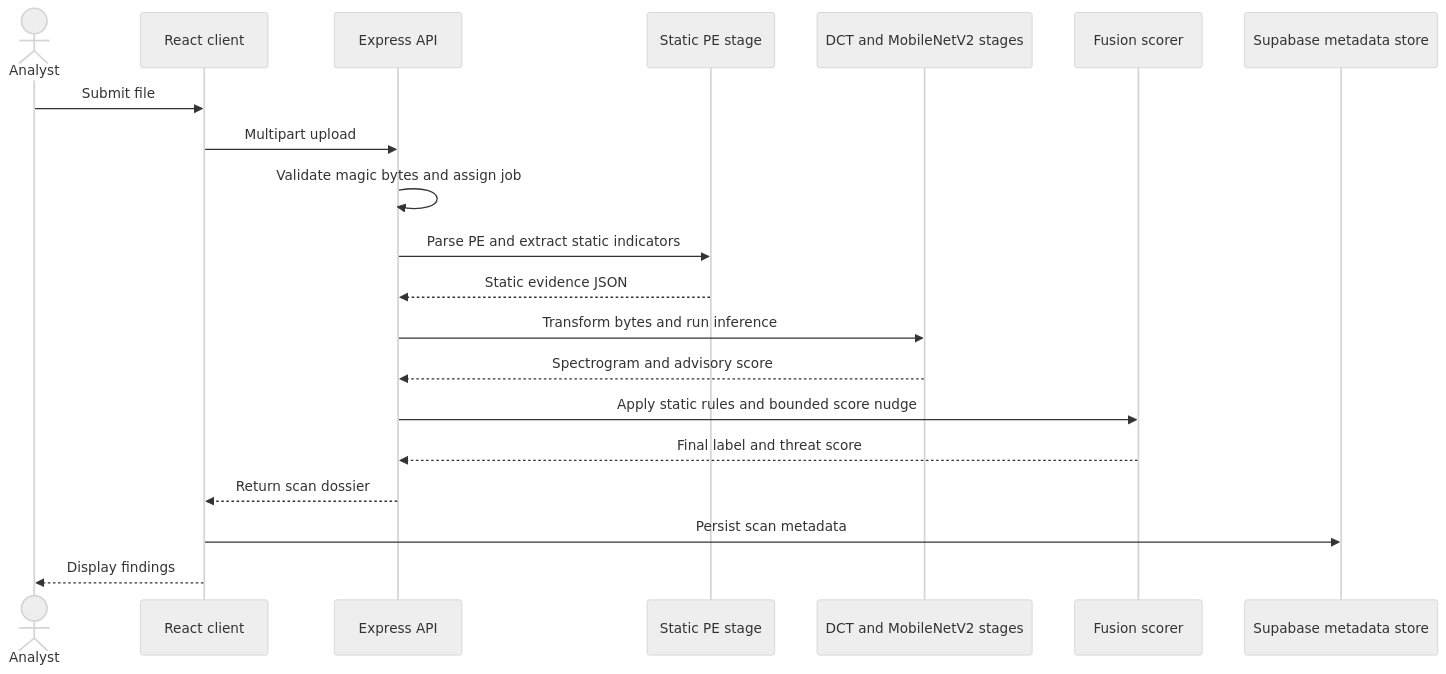
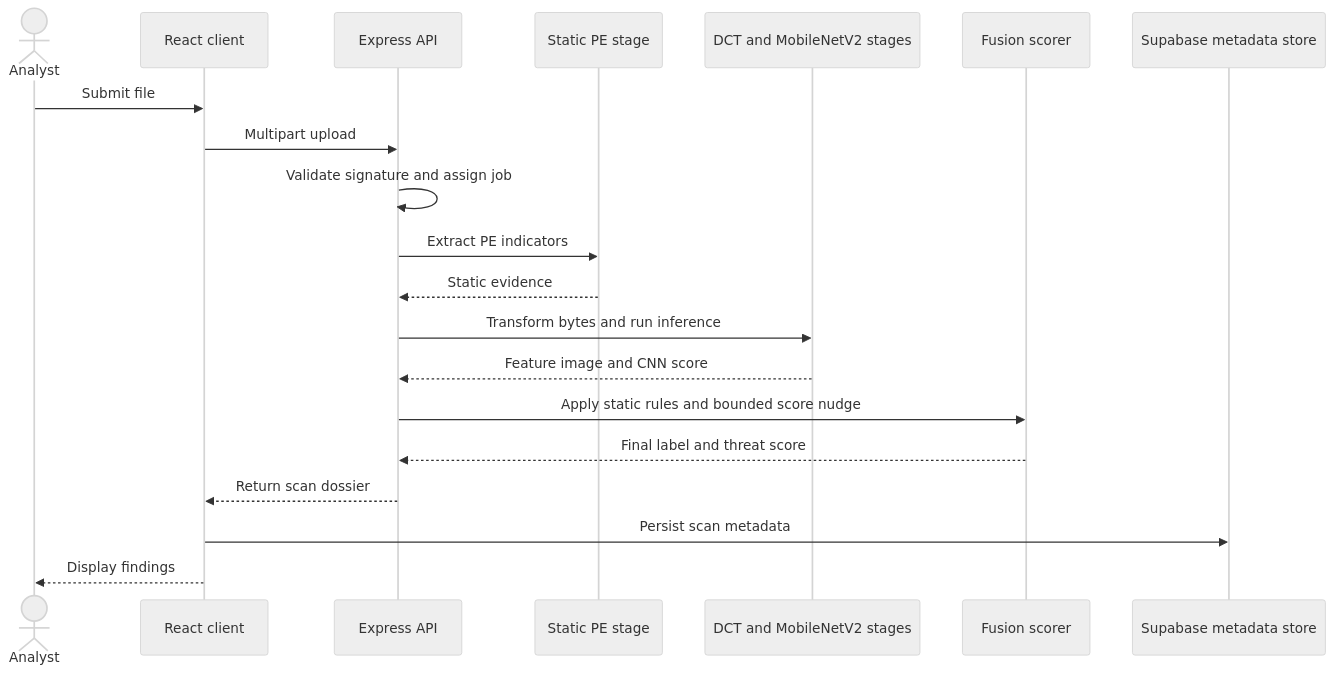
Before and after one commit to Ahsan-Salamat/ThreatVision-Research: the fifth of 6 diagrams in docs/figures.md, drawn with Mermaid (neutral theme). The commit also changed other lines of this file and 16 other files, not shown here.

````diff
--- a/docs/figures.md
+++ b/docs/figures.md
@@ -77,22 +78,22 @@
 ```mermaid
 sequenceDiagram
     actor Analyst
     participant UI as React client
     participant API as Express API
     participant Static as Static PE stage
     participant Vision as DCT and MobileNetV2 stages
     participant Fuse as Fusion scorer
     participant DB as Supabase metadata store
     Analyst->>UI: Submit file
     UI->>API: Multipart upload
-    API->>API: Validate magic bytes and assign job
-    API->>Static: Parse PE and extract static indicators
-    Static-->>API: Static evidence JSON
+    API->>API: Validate signature and assign job
+    API->>Static: Extract PE indicators
+    Static-->>API: Static evidence
     API->>Vision: Transform bytes and run inference
-    Vision-->>API: Spectrogram and advisory score
+    Vision-->>API: Feature image and CNN score
     API->>Fuse: Apply static rules and bounded score nudge
     Fuse-->>API: Final label and threat score
     API-->>UI: Return scan dossier
     UI->>DB: Persist scan metadata
     UI-->>Analyst: Display findings
 ```
````
